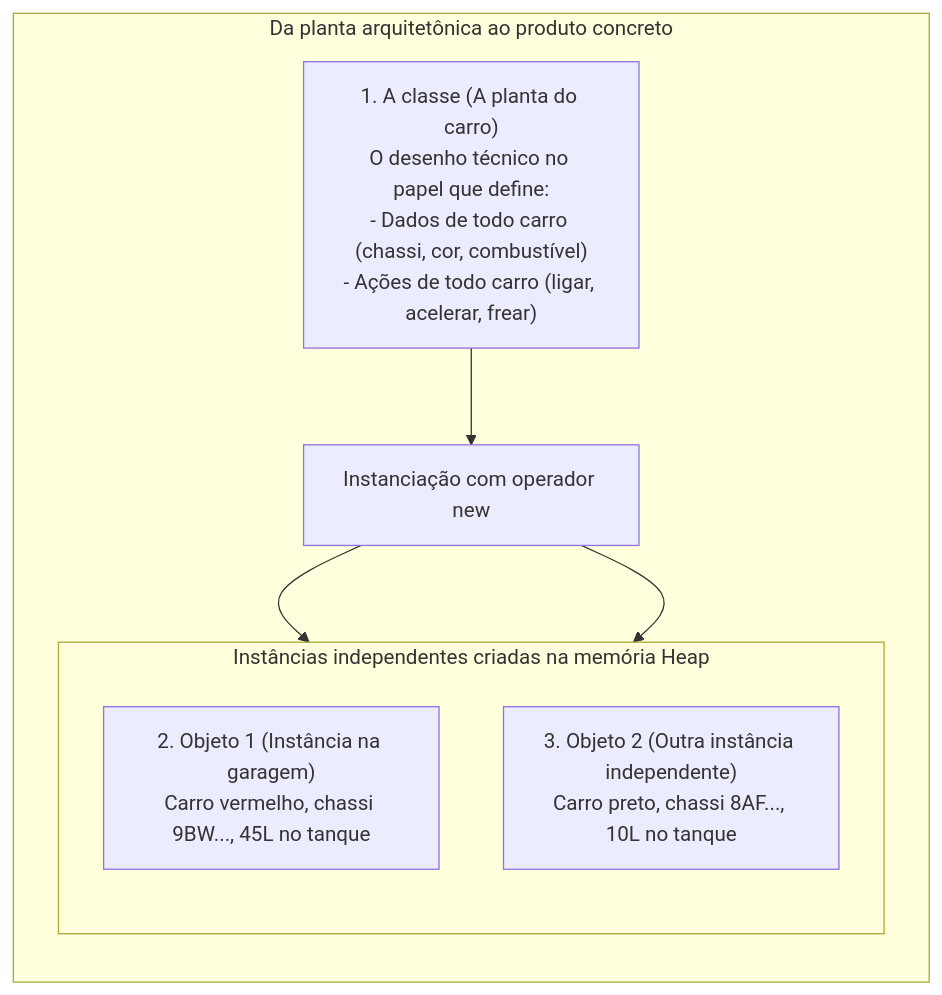
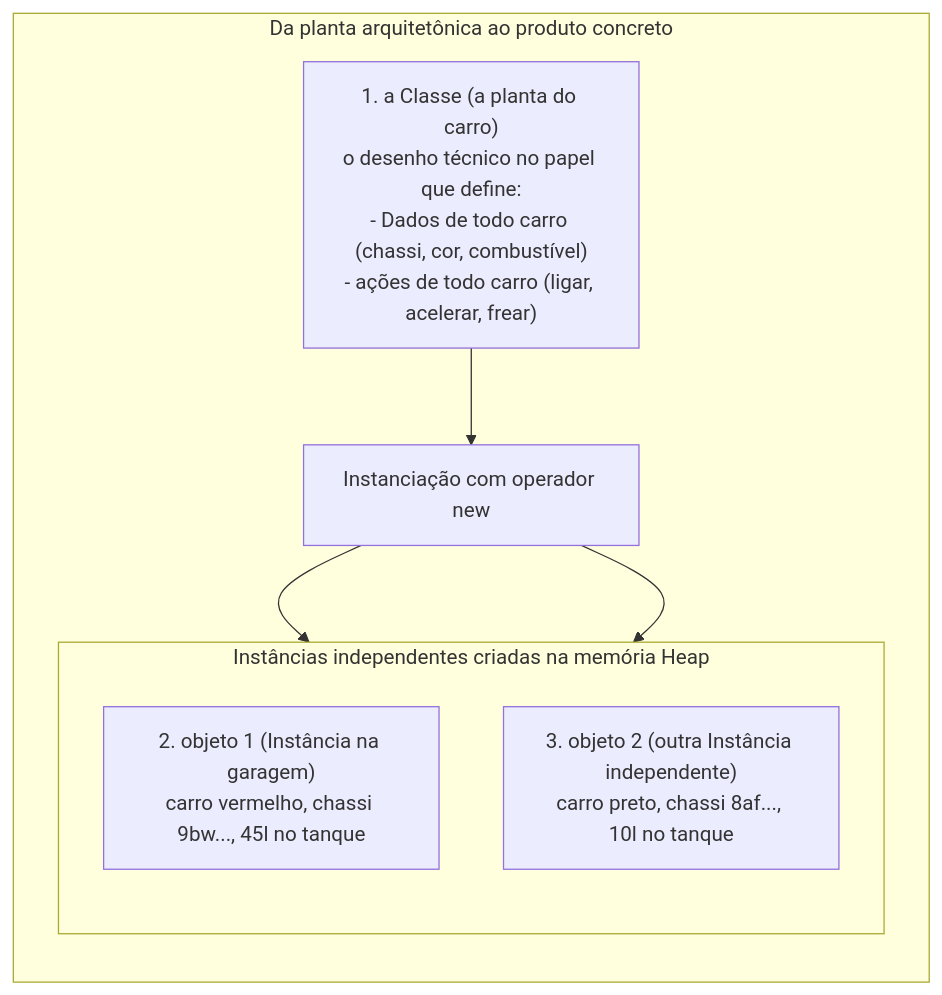
One commit to leorruas/puc changed the first of 7 diagrams in 01. Programacao Modular/07. Atributos e métodos (classes, objetos e definição de membros).md. Above: the diagram before and after it, drawn with Mermaid. The commit also changed other lines of this file and 10 other files, not shown here.

````diff
--- a/01. Programacao Modular/07. Atributos e métodos (classes, objetos e definição de membros).md
+++ b/01. Programacao Modular/07. Atributos e métodos (classes, objetos e definição de membros).md
@@ -36,19 +46,19 @@
 ```mermaid
 flowchart TD
     subgraph Fabrica ["Da planta arquitetônica ao produto concreto"]
         direction TB
-        Classe["1. A classe (A planta do carro)<br>O desenho técnico no papel que define:<br>- Dados de todo carro (chassi, cor, combustível)<br>- Ações de todo carro (ligar, acelerar, frear)"]
-        
+        Classe["1. a Classe (a planta do carro)<br>o desenho técnico no papel que define:<br>- Dados de todo carro (chassi, cor, combustível)<br>- ações de todo carro (ligar, acelerar, frear)"]
+
         Instanciacao["Instanciação com operador new"]
-        
+
         subgraph Instancias ["Instâncias independentes criadas na memória Heap"]
             direction TB
-            Objeto1["2. Objeto 1 (Instância na garagem)<br>Carro vermelho, chassi 9BW..., 45L no tanque"]
-            Objeto2["3. Objeto 2 (Outra instância independente)<br>Carro preto, chassi 8AF..., 10L no tanque"]
+            Objeto1["2. objeto 1 (Instância na garagem)<br>carro vermelho, chassi 9bw..., 45l no tanque"]
+            Objeto2["3. objeto 2 (outra Instância independente)<br>carro preto, chassi 8af..., 10l no tanque"]
         end
 
         Classe --> Instanciacao
         Instanciacao --> Objeto1
         Instanciacao --> Objeto2
     end
 ```
````
